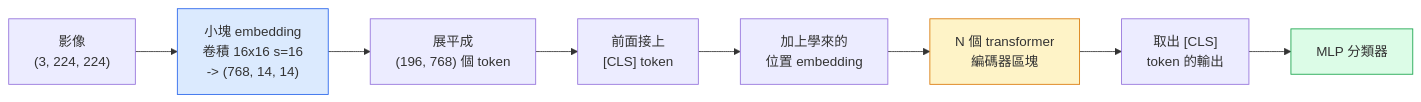
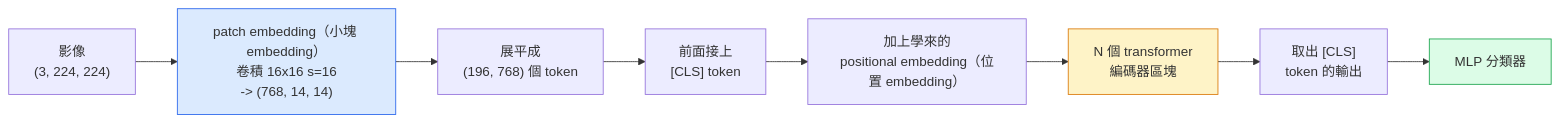
One commit to edward821220/ai-engineering-from-scratch changed the diagram in i18n/zh-TW/phases/04-computer-vision/14-vision-transformers/docs/zh-TW.md. Above: the diagram before and after it, drawn with Mermaid. The commit also changed other lines of this file and 87 other files, not shown here.

````diff
--- a/i18n/zh-TW/phases/04-computer-vision/14-vision-transformers/docs/zh-TW.md
+++ b/i18n/zh-TW/phases/04-computer-vision/14-vision-transformers/docs/zh-TW.md
@@ -29,14 +29,14 @@
 ```mermaid
 flowchart LR
-    IMG["影像<br/>(3, 224, 224)"] --> PATCH["小塊 embedding<br/>卷積 16x16 s=16<br/>-> (768, 14, 14)"]
+    IMG["影像<br/>(3, 224, 224)"] --> PATCH["patch embedding（小塊 embedding）<br/>卷積 16x16 s=16<br/>-> (768, 14, 14)"]
     PATCH --> FLAT["展平成<br/>(196, 768) 個 token"]
     FLAT --> CAT["前面接上<br/>[CLS] token"]
-    CAT --> POS["加上學來的<br/>位置 embedding"]
+    CAT --> POS["加上學來的<br/>positional embedding（位置 embedding）"]
     POS --> ENC["N 個 transformer<br/>編碼器區塊"]
     ENC --> CLS["取出 [CLS]<br/>token 的輸出"]
     CLS --> HEAD["MLP 分類器"]
 
     style PATCH fill:#dbeafe,stroke:#2563eb
     style ENC fill:#fef3c7,stroke:#d97706
     style HEAD fill:#dcfce7,stroke:#16a34a
 ```
````
